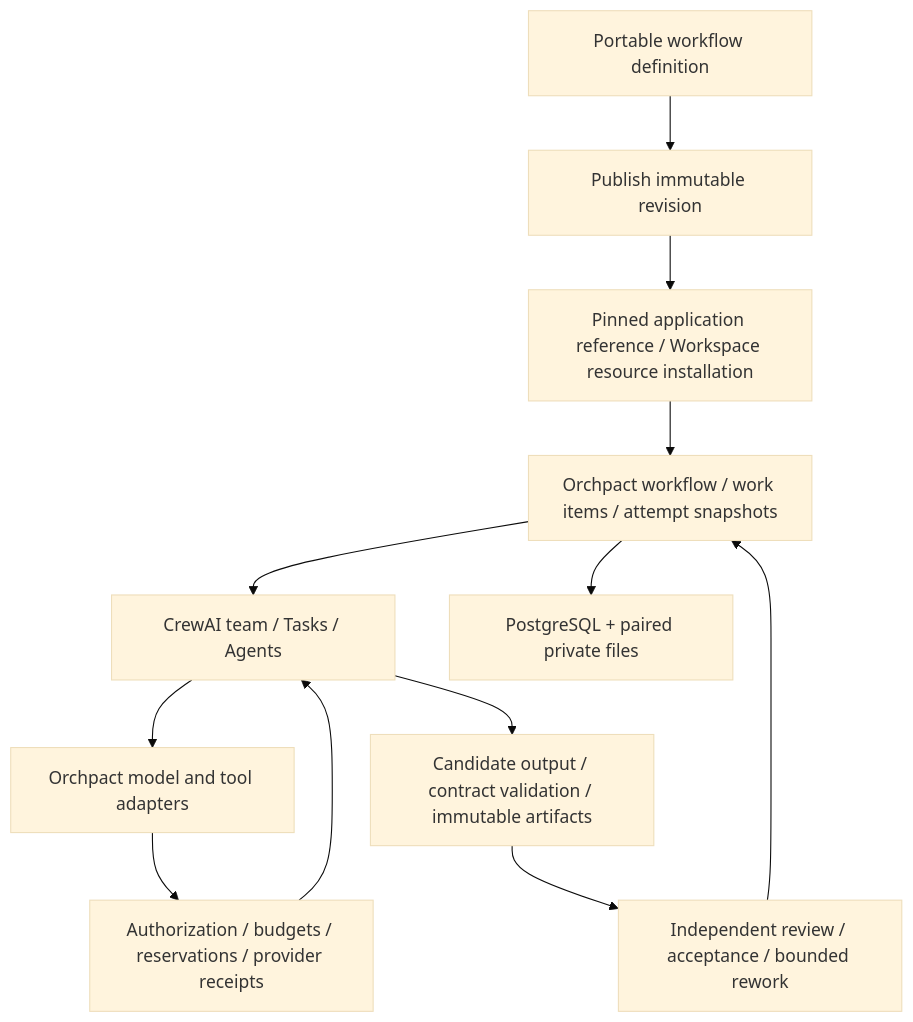
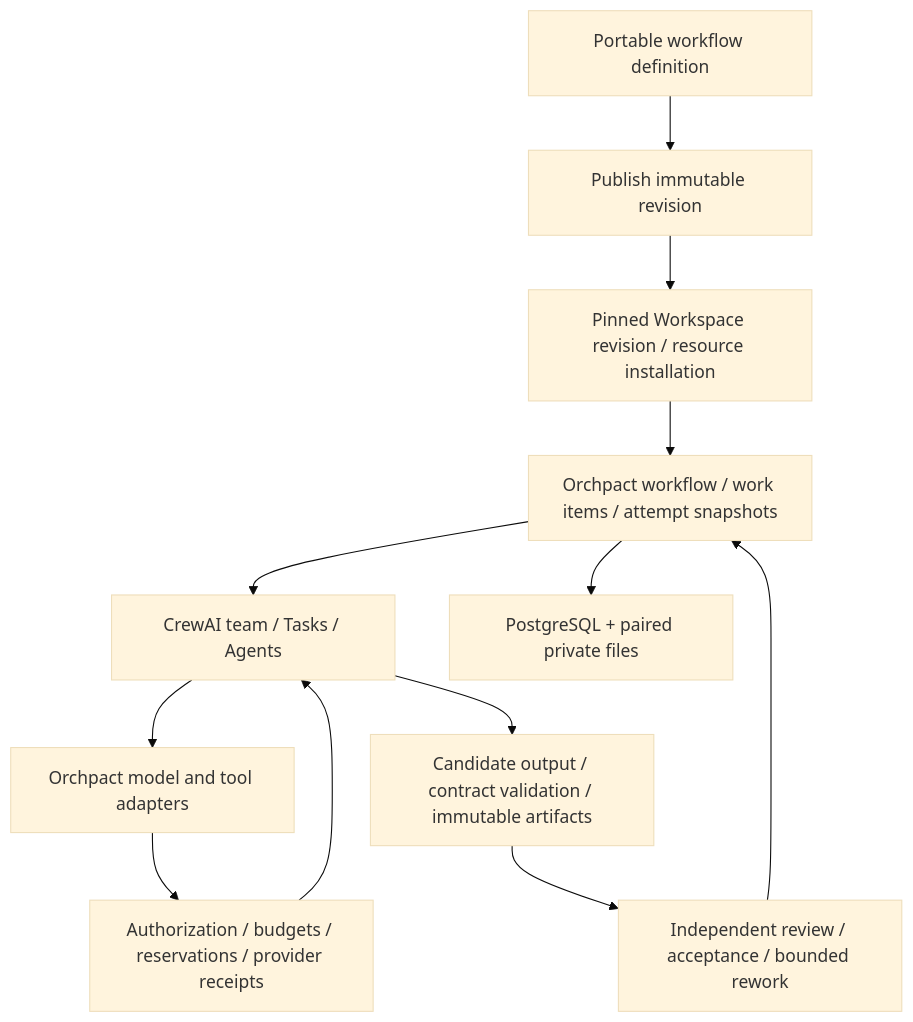
The diagram in README.en.md (orchpact/orchpact), drawn with Mermaid (base theme) before and after one commit. The commit also changed other lines of this file and 78 other files, not shown here.

````diff
--- a/README.en.md
+++ b/README.en.md
@@ -23,14 +25,14 @@
 ```mermaid
 flowchart TD
   D[Portable workflow definition] --> P[Publish immutable revision]
-  P --> B[Pinned application reference / Workspace resource installation]
+  P --> B[Pinned Workspace revision / resource installation]
   B --> R[Orchpact workflow / work items / attempt snapshots]
   R --> C[CrewAI team / Tasks / Agents]
   C --> E[Orchpact model and tool adapters]
   E --> G[Authorization / budgets / reservations / provider receipts]
   G --> C
   C --> V[Candidate output / contract validation / immutable artifacts]
   V --> A[Independent review / acceptance / bounded rework]
   A --> R
   R --> S[PostgreSQL + paired private files]
 ```
````
